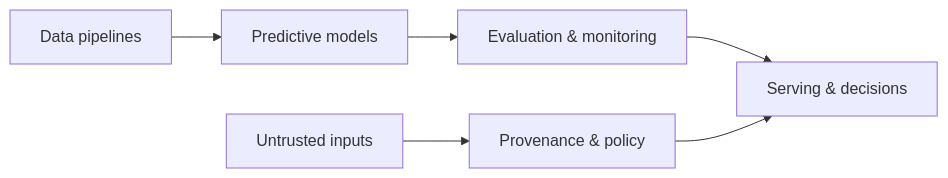
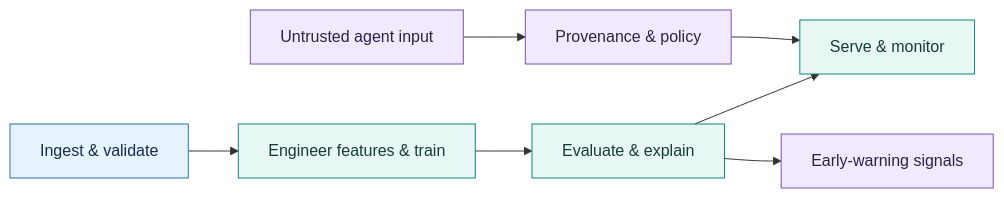
One commit to Nikita3005/Nikita3005 changed the diagram in README.md. Above: the diagram before and after it, drawn with Mermaid. The commit also changed other lines of this file, not shown here.

````diff
--- a/README.md
+++ b/README.md
@@ -17,8 +45,17 @@
 ```mermaid
 flowchart LR
-    A["Data pipelines"] --> B["Predictive models"]
-    B --> C["Evaluation & monitoring"]
-    C --> D["Serving & decisions"]
-    U["Untrusted inputs"] --> G["Provenance & policy"]
+    A["Ingest & validate"] --> B["Engineer features & train"]
+    B --> C["Evaluate & explain"]
+    C --> D["Serve & monitor"]
+    U["Untrusted agent input"] --> G["Provenance & policy"]
     G --> D
+    C --> W["Early-warning signals"]
+
+    classDef data fill:#E7F2FF,stroke:#2874B8,color:#172B4D;
+    classDef model fill:#E7F7F4,stroke:#13867D,color:#173B38;
+    classDef safety fill:#F1EAFE,stroke:#7952B3,color:#302047;
+
+    class A data;
+    class B,C,D model;
+    class U,G,W safety;
 ```
````
